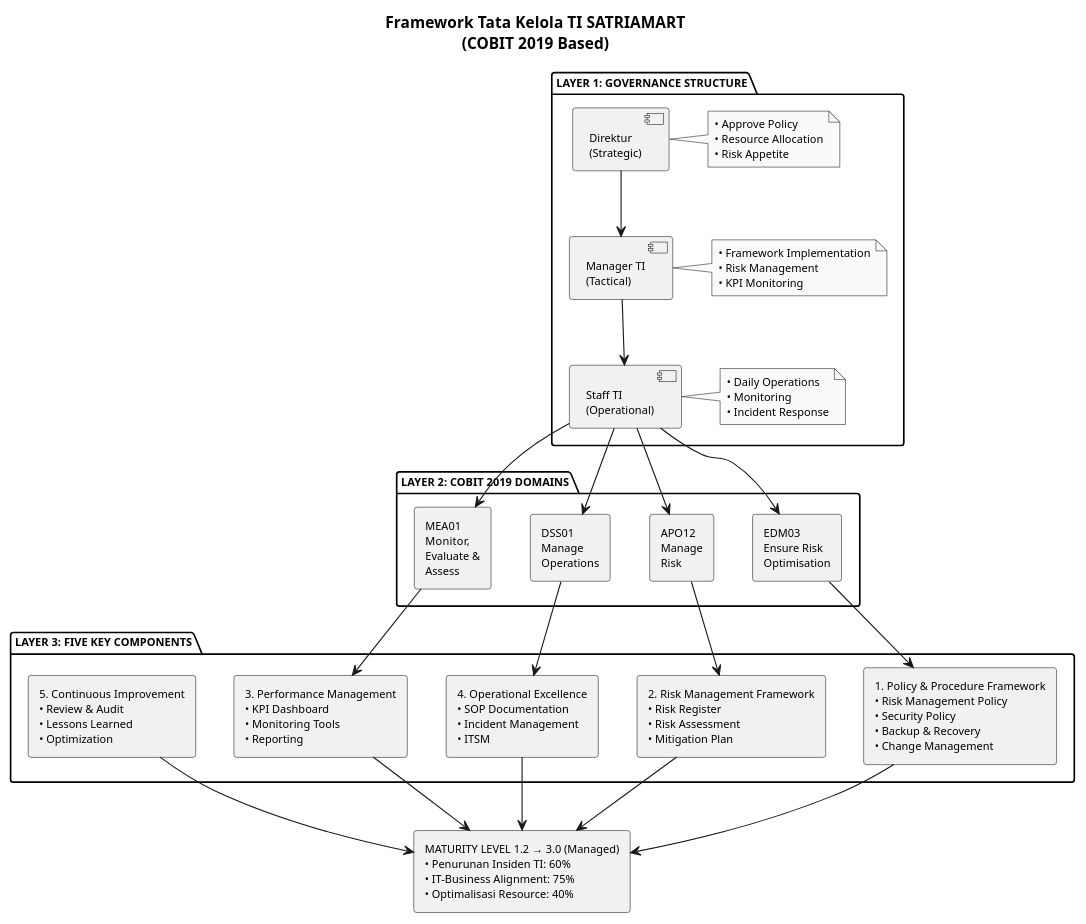
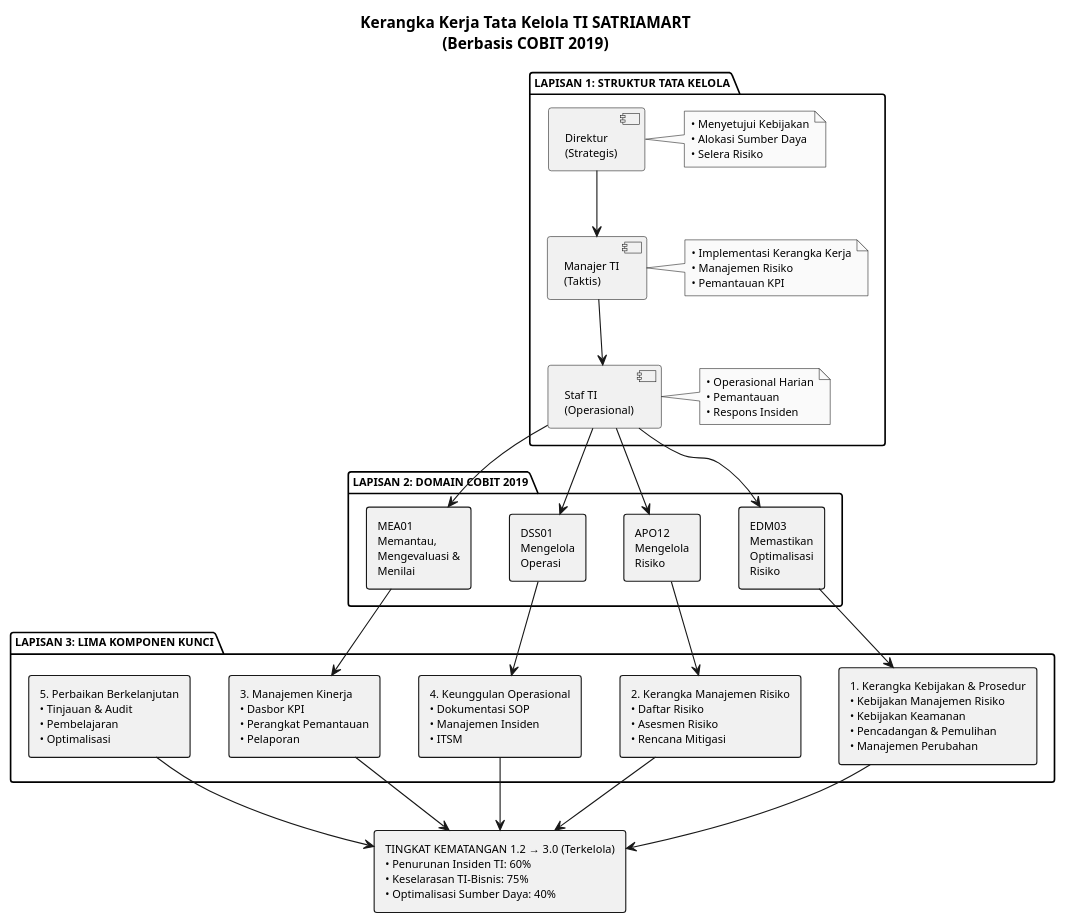
Before and after one commit to roqianjas/unm-s7: the diagram in tugas-selesai/03_it_governance/tugas_akhir/plantuml/gambar_1_framework.puml, drawn with PlantUML. The commit also changed 8 other files, not shown here.

First line of the commit message:
docs(it-governance): update final thesis document with translations and diagram refinements

```diff
--- a/tugas-selesai/03_it_governance/tugas_akhir/plantuml/gambar_1_framework.puml
+++ b/tugas-selesai/03_it_governance/tugas_akhir/plantuml/gambar_1_framework.puml
@@ -1,74 +1,77 @@
 @startuml Framework_Tata_Kelola_TI_SATRIAMART
 skinparam monochrome true
 skinparam backgroundColor #FFFFFF
 skinparam defaultFontName Arial
 skinparam defaultFontSize 10
 skinparam shadowing false
+skinparam rectanglePadding 20
+skinparam rectangleBorderThickness 1
+skinparam ArrowThickness 1
 
-title Framework Tata Kelola TI SATRIAMART\n(COBIT 2019 Based)
+title Kerangka Kerja Tata Kelola TI SATRIAMART\n(Berbasis COBIT 2019)
 
-package "LAYER 1: GOVERNANCE STRUCTURE" {
-    component "Direktur\n(Strategic)" as DIR
-    component "Manager TI\n(Tactical)" as MGR
-    component "Staff TI\n(Operational)" as STAFF
+package "LAPISAN 1: STRUKTUR TATA KELOLA" {
+    component "Direktur\n(Strategis)" as DIR
+    component "Manajer TI\n(Taktis)" as MGR
+    component "Staf TI\n(Operasional)" as STAFF
     
     DIR -down-> MGR
     MGR -down-> STAFF
     
     note right of DIR
-        • Approve Policy
-        • Resource Allocation
-        • Risk Appetite
+        • Menyetujui Kebijakan
+        • Alokasi Sumber Daya
+        • Selera Risiko
     end note
     
     note right of MGR
-        • Framework Implementation
-        • Risk Management
-        • KPI Monitoring
+        • Implementasi Kerangka Kerja
+        • Manajemen Risiko
+        • Pemantauan KPI
     end note
     
     note right of STAFF
-        • Daily Operations
-        • Monitoring
-        • Incident Response
+        • Operasional Harian
+        • Pemantauan
+        • Respons Insiden
     end note
 }
 
-package "LAYER 2: COBIT 2019 DOMAINS" {
-    rectangle "EDM03\nEnsure Risk\nOptimisation" as EDM03
-    rectangle "APO12\nManage\nRisk" as APO12
-    rectangle "DSS01\nManage\nOperations" as DSS01
-    rectangle "MEA01\nMonitor,\nEvaluate &\nAssess" as MEA01
+package "LAPISAN 2: DOMAIN COBIT 2019" {
+    rectangle "EDM03\nMemastikan\nOptimalisasi\nRisiko" as EDM03
+    rectangle "APO12\nMengelola\nRisiko" as APO12
+    rectangle "DSS01\nMengelola\nOperasi" as DSS01
+    rectangle "MEA01\nMemantau,\nMengevaluasi &\nMenilai" as MEA01
 }
 
-package "LAYER 3: FIVE KEY COMPONENTS" {
-    rectangle "1. Policy & Procedure Framework\n• Risk Management Policy\n• Security Policy\n• Backup & Recovery\n• Change Management" as COMP1
+package "LAPISAN 3: LIMA KOMPONEN KUNCI" {
+    rectangle "1. Kerangka Kebijakan & Prosedur\n• Kebijakan Manajemen Risiko\n• Kebijakan Keamanan\n• Pencadangan & Pemulihan\n• Manajemen Perubahan" as COMP1
     
-    rectangle "2. Risk Management Framework\n• Risk Register\n• Risk Assessment\n• Mitigation Plan" as COMP2
+    rectangle "2. Kerangka Manajemen Risiko\n• Daftar Risiko\n• Asesmen Risiko\n• Rencana Mitigasi" as COMP2
     
-    rectangle "3. Performance Management\n• KPI Dashboard\n• Monitoring Tools\n• Reporting" as COMP3
+    rectangle "3. Manajemen Kinerja\n• Dasbor KPI\n• Perangkat Pemantauan\n• Pelaporan" as COMP3
     
-    rectangle "4. Operational Excellence\n• SOP Documentation\n• Incident Management\n• ITSM" as COMP4
+    rectangle "4. Keunggulan Operasional\n• Dokumentasi SOP\n• Manajemen Insiden\n• ITSM" as COMP4
     
-    rectangle "5. Continuous Improvement\n• Review & Audit\n• Lessons Learned\n• Optimization" as COMP5
+    rectangle "5. Perbaikan Berkelanjutan\n• Tinjauan & Audit\n• Pembelajaran\n• Optimalisasi" as COMP5
 }
 
-rectangle "MATURITY LEVEL 1.2 → 3.0 (Managed)\n• Penurunan Insiden TI: 60%\n• IT-Business Alignment: 75%\n• Optimalisasi Resource: 40%" as OUTPUT
+rectangle "TINGKAT KEMATANGAN 1.2 → 3.0 (Terkelola)\n• Penurunan Insiden TI: 60%\n• Keselarasan TI-Bisnis: 75%\n• Optimalisasi Sumber Daya: 40%" as OUTPUT
 
 STAFF -down-> EDM03
 STAFF -down-> APO12
 STAFF -down-> DSS01
 STAFF -down-> MEA01
 
 EDM03 -down-> COMP1
 APO12 -down-> COMP2
 DSS01 -down-> COMP4
 MEA01 -down-> COMP3
 
 COMP1 -down-> OUTPUT
 COMP2 -down-> OUTPUT
 COMP3 -down-> OUTPUT
 COMP4 -down-> OUTPUT
 COMP5 -down-> OUTPUT
 
 @enduml
```
